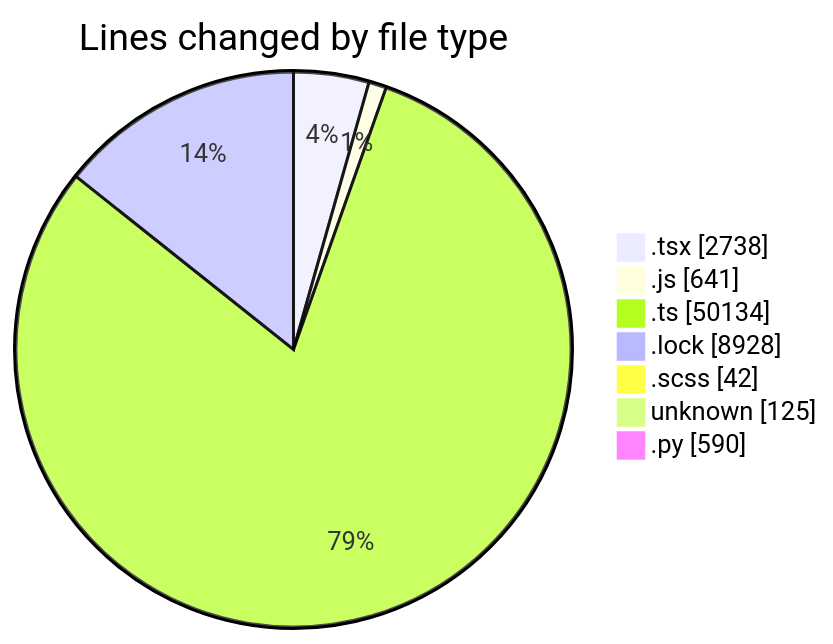
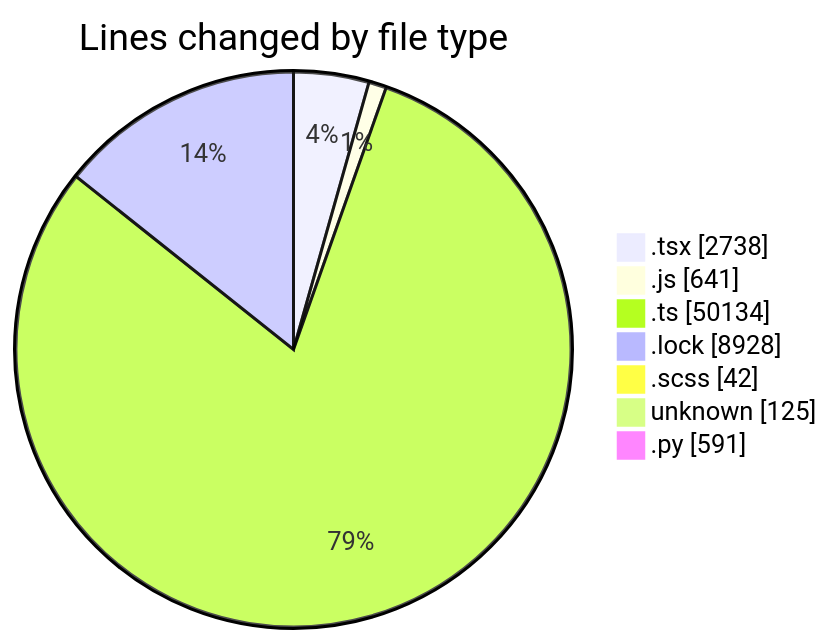
Before and after one commit to momahboobian/code-tracking: the first of 2 diagrams in 2026-09-16/cda/README.md, drawn with Mermaid. The commit also changed other lines of this file and 1 other file, not shown here.

````diff
--- a/2026-09-16/cda/README.md
+++ b/2026-09-16/cda/README.md
@@ -62,11 +62,11 @@
 ```mermaid
 pie showData
 title Lines changed by file type
 ".tsx" : 2738
 ".js" : 641
 ".ts" : 50134
 ".lock" : 8928
 ".scss" : 42
 "unknown" : 125
-".py" : 590
+".py" : 591
 ```
````
